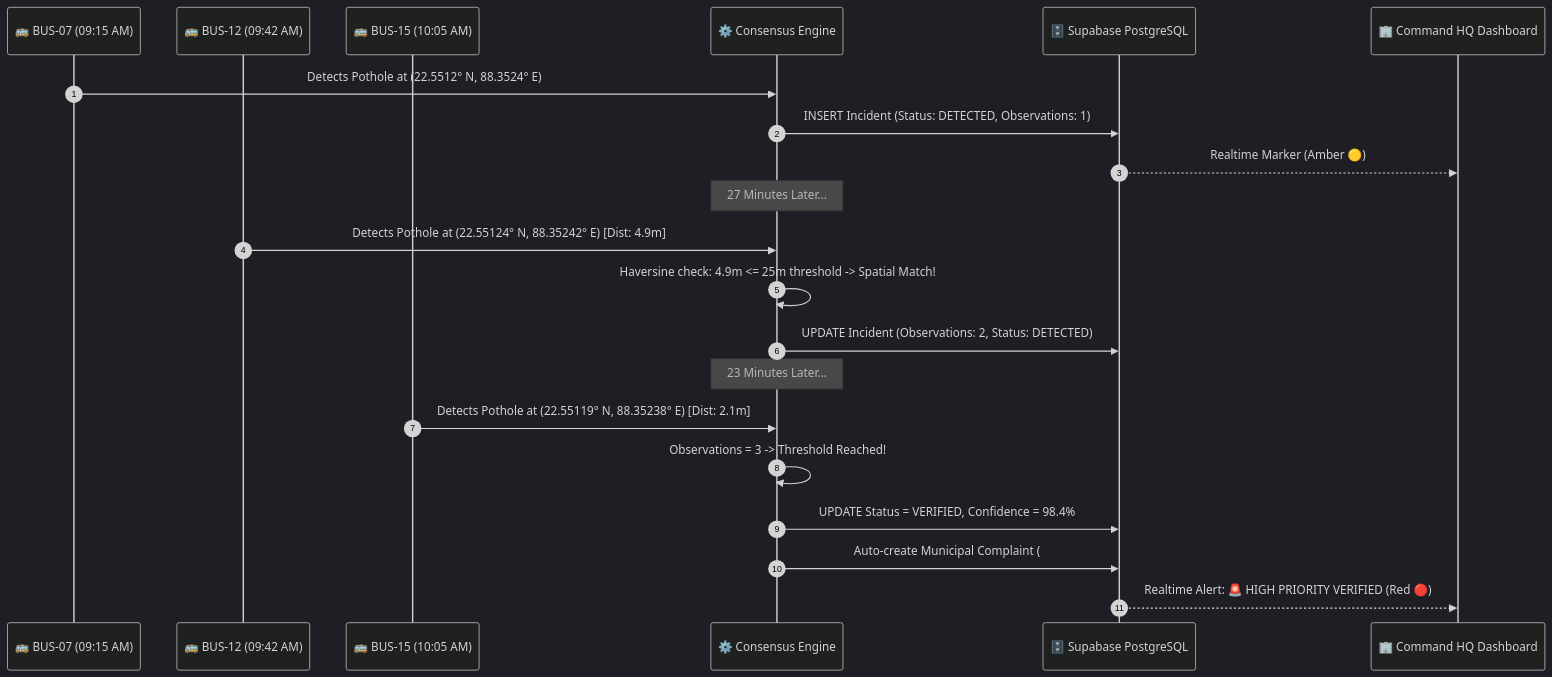
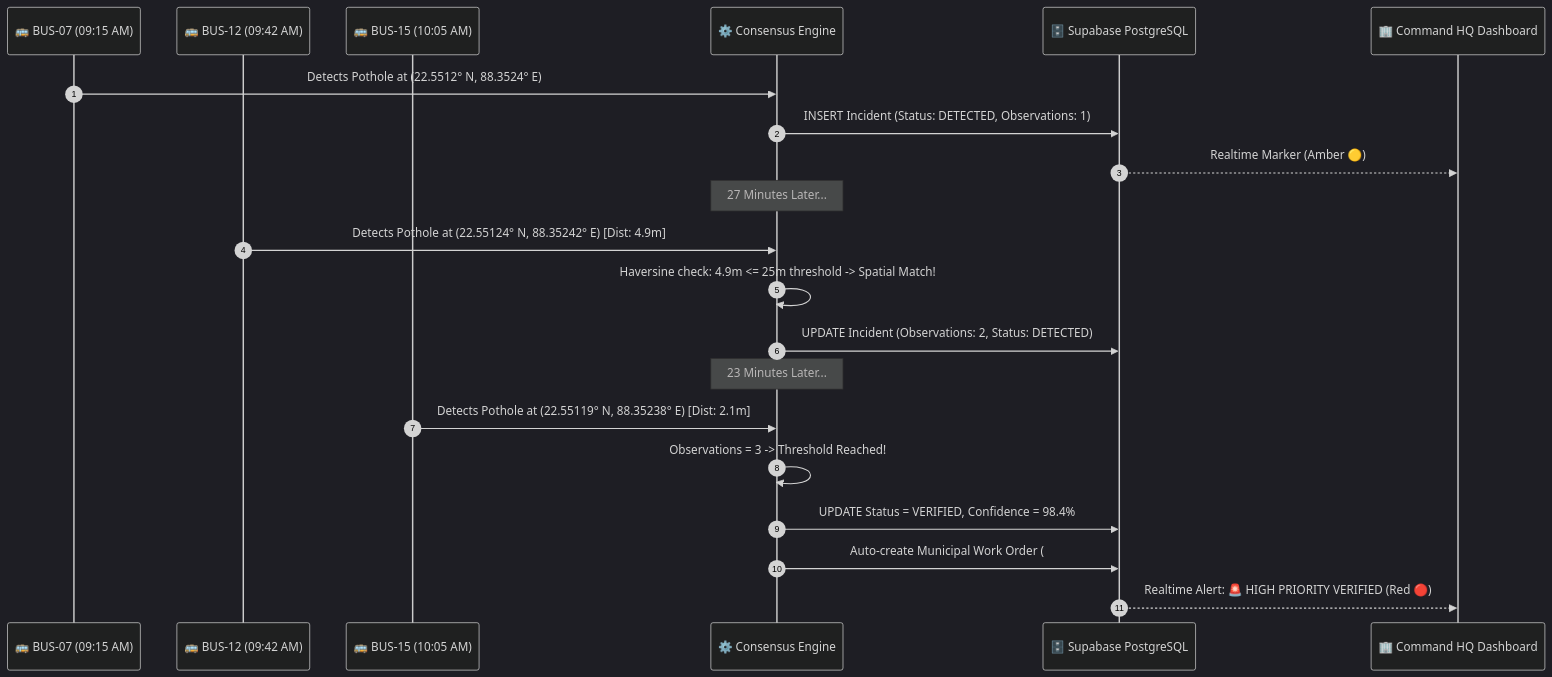
One commit to subhadeepnandi43-sys/LUNARIS---AI_URBAN_INTELLIGENCE changed the second of 3 diagrams in README.md. Above: the diagram before and after it, drawn with Mermaid (dark theme). The commit also changed other lines of this file and 24 other files, not shown here.

````diff
--- a/README.md
+++ b/README.md
@@ -106,26 +106,26 @@
 ```mermaid
 sequenceDiagram
     autonumber
     participant B1 as 🚌 BUS-07 (09:15 AM)
     participant B2 as 🚌 BUS-12 (09:42 AM)
     participant B3 as 🚌 BUS-15 (10:05 AM)
     participant CE as ⚙️ Consensus Engine
     participant DB as 🗄️ Supabase PostgreSQL
     participant HQ as 🏢 Command HQ Dashboard
 
     B1->>CE: Detects Pothole at (22.5512° N, 88.3524° E)
     CE->>DB: INSERT Incident (Status: DETECTED, Observations: 1)
     DB-->>HQ: Realtime Marker (Amber 🟡)
 
     Note over CE: 27 Minutes Later...
     B2->>CE: Detects Pothole at (22.55124° N, 88.35242° E) [Dist: 4.9m]
     CE->>CE: Haversine check: 4.9m <= 25m threshold -> Spatial Match!
     CE->>DB: UPDATE Incident (Observations: 2, Status: DETECTED)
 
     Note over CE: 23 Minutes Later...
     B3->>CE: Detects Pothole at (22.55119° N, 88.35238° E) [Dist: 2.1m]
     CE->>CE: Observations = 3 -> Threshold Reached!
     CE->>DB: UPDATE Status = VERIFIED, Confidence = 98.4%
-    CE->>DB: Auto-create Municipal Complaint (#C-1042)
+    CE->>DB: Auto-create Municipal Work Order (#WO-2026-9041)
     DB-->>HQ: Realtime Alert: 🚨 HIGH PRIORITY VERIFIED (Red 🔴)
 ```
````
